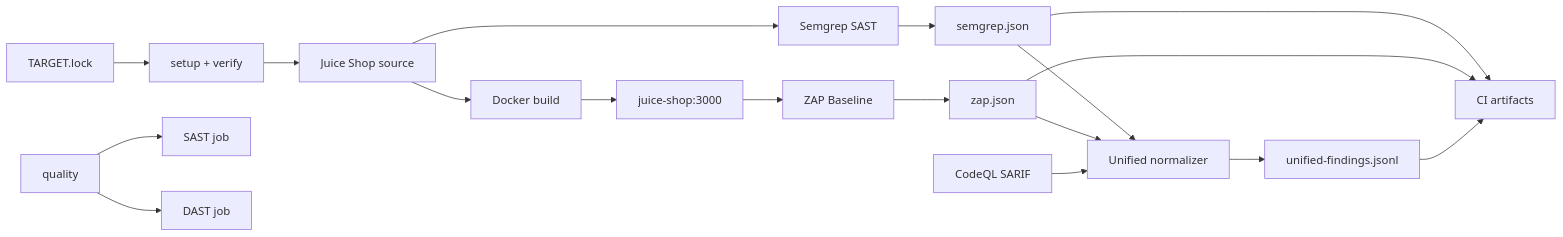
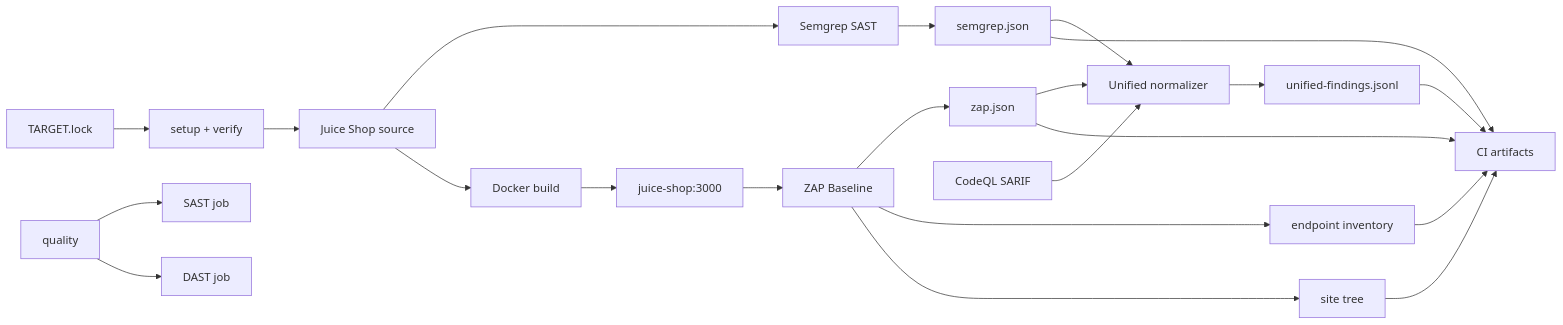
One commit to HuanNT03/2026-08-22_NguyenTienHuan_Week6 changed the diagram in docs/reports/week1/architecture.md. Above: the diagram before and after it, drawn with Mermaid. The commit also changed other lines of this file and 4 other files, not shown here.

Commit message:
docs(dast): document scoped ZAP automation and artifacts

````diff
--- a/docs/reports/week1/architecture.md
+++ b/docs/reports/week1/architecture.md
@@ -13,20 +13,24 @@
 ```mermaid
 flowchart LR
   Lock[TARGET.lock] --> Setup[setup + verify]
   Setup --> Source[Juice Shop source]
   Source --> Semgrep[Semgrep SAST]
   Source --> Image[Docker build]
   Image --> App[juice-shop:3000]
   App --> ZAP[ZAP Baseline]
   Semgrep --> SRaw[semgrep.json]
   ZAP --> ZRaw[zap.json]
+  ZAP --> ZInventory[endpoint inventory]
+  ZAP --> ZTree[site tree]
   SRaw --> Normalize[Unified normalizer]
   ZRaw --> Normalize
   CodeQL[CodeQL SARIF] --> Normalize
   Normalize --> Unified[unified-findings.jsonl]
   SRaw --> Artifacts[CI artifacts]
   ZRaw --> Artifacts
+  ZInventory --> Artifacts
+  ZTree --> Artifacts
   Unified --> Artifacts
   Quality[quality] --> SemgrepJob[SAST job]
   Quality --> DASTJob[DAST job]
 ```
````
